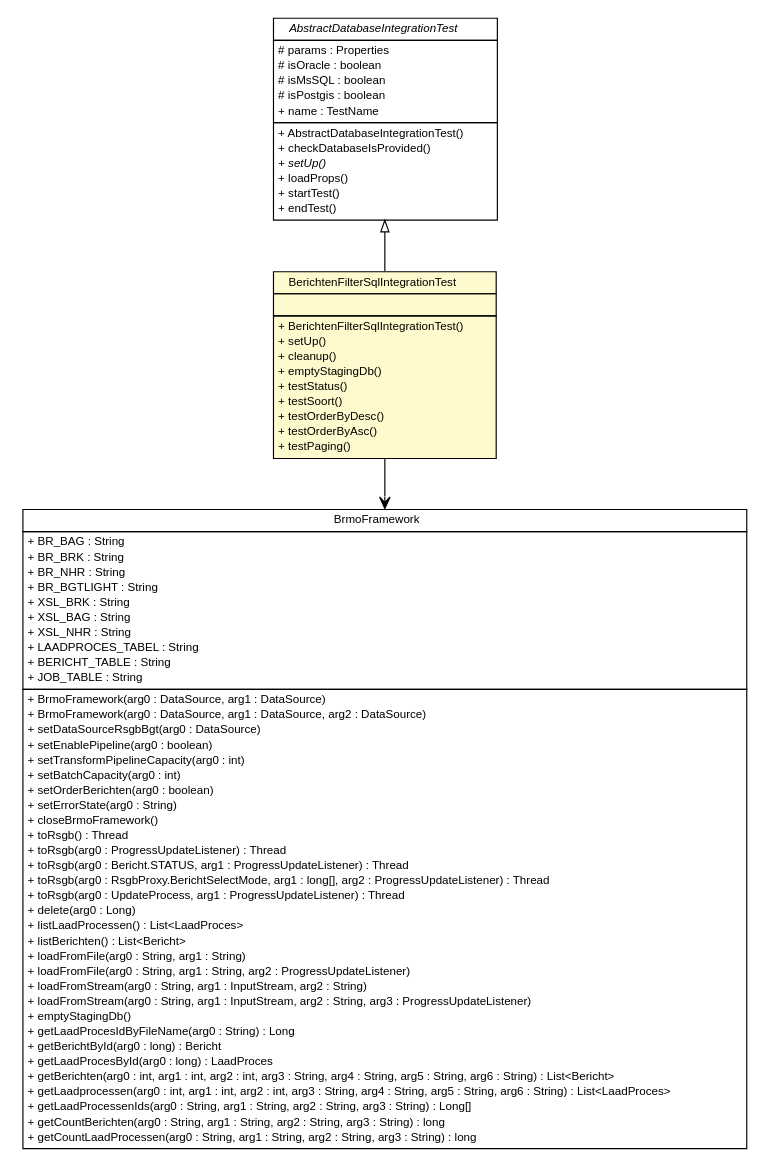
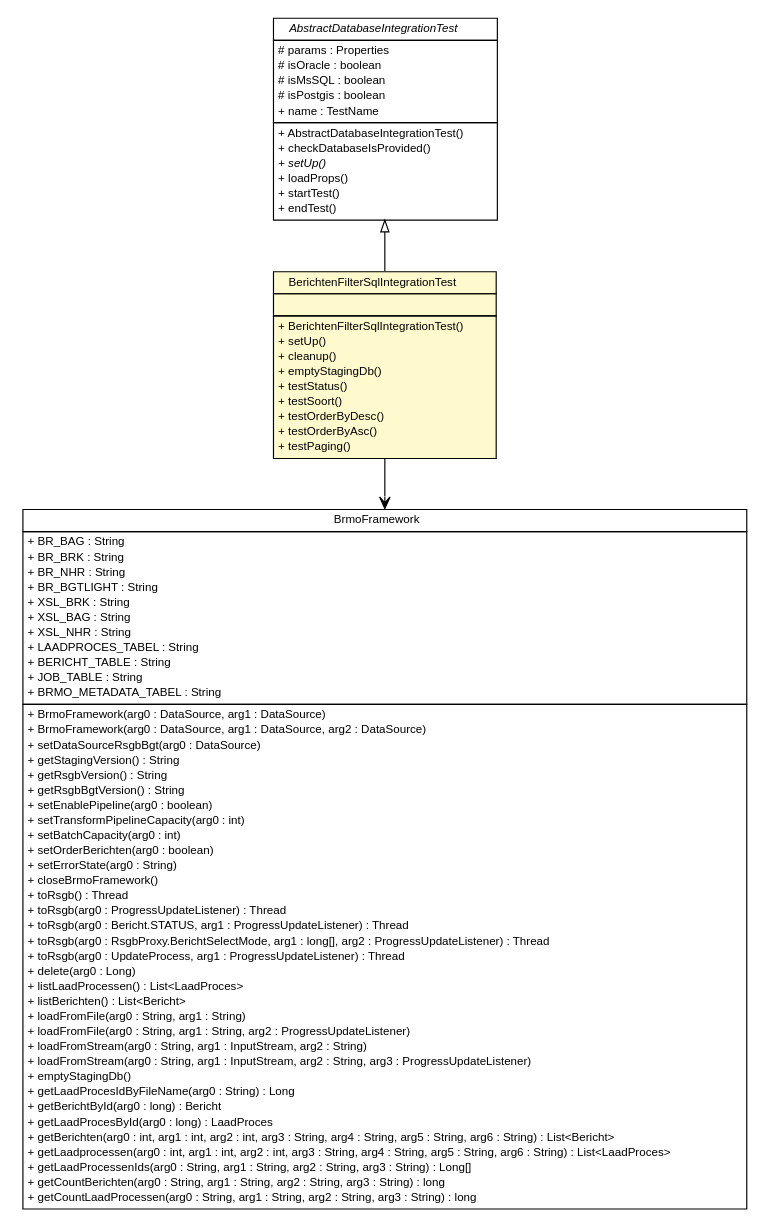
One commit to B3Partners/brmo changed the diagram in brmo-loader/testapidocs/nl/b3p/BerichtenFilterSqlIntegrationTest.dot. Above: the diagram before and after it, drawn with Graphviz. The commit also changed 272 other files, not shown here.

```diff
--- a/brmo-loader/testapidocs/nl/b3p/BerichtenFilterSqlIntegrationTest.dot
+++ b/brmo-loader/testapidocs/nl/b3p/BerichtenFilterSqlIntegrationTest.dot
@@ -1,107 +1,111 @@
 #!/usr/local/bin/dot
 #
 # Class diagram 
 # Generated by UMLGraph version R5_6-24-gf6e263 (http://www.umlgraph.org/)
 #
 
 digraph G {
 	edge [fontname="Helvetica",fontsize=10,labelfontname="Helvetica",labelfontsize=10];
 	node [fontname="Helvetica",fontsize=10,shape=plaintext];
 	nodesep=0.25;
 	ranksep=0.5;
 	// nl.b3p.BerichtenFilterSqlIntegrationTest
-	c137 [label=<<table title="nl.b3p.BerichtenFilterSqlIntegrationTest" border="0" cellborder="1" cellspacing="0" cellpadding="2" port="p" bgcolor="lemonChiffon" href="./BerichtenFilterSqlIntegrationTest.html">
+	c162 [label=<<table title="nl.b3p.BerichtenFilterSqlIntegrationTest" border="0" cellborder="1" cellspacing="0" cellpadding="2" port="p" bgcolor="lemonChiffon" href="./BerichtenFilterSqlIntegrationTest.html">
 		<tr><td><table border="0" cellspacing="0" cellpadding="1">
 <tr><td align="center" balign="center"> BerichtenFilterSqlIntegrationTest </td></tr>
 		</table></td></tr>
 		<tr><td><table border="0" cellspacing="0" cellpadding="1">
 <tr><td align="left" balign="left">  </td></tr>
 		</table></td></tr>
 		<tr><td><table border="0" cellspacing="0" cellpadding="1">
 <tr><td align="left" balign="left"> + BerichtenFilterSqlIntegrationTest() </td></tr>
 <tr><td align="left" balign="left"> + setUp() </td></tr>
 <tr><td align="left" balign="left"> + cleanup() </td></tr>
 <tr><td align="left" balign="left"> + emptyStagingDb() </td></tr>
 <tr><td align="left" balign="left"> + testStatus() </td></tr>
 <tr><td align="left" balign="left"> + testSoort() </td></tr>
 <tr><td align="left" balign="left"> + testOrderByDesc() </td></tr>
 <tr><td align="left" balign="left"> + testOrderByAsc() </td></tr>
 <tr><td align="left" balign="left"> + testPaging() </td></tr>
 		</table></td></tr>
 		</table>>, URL="./BerichtenFilterSqlIntegrationTest.html", fontname="Helvetica", fontcolor="black", fontsize=10.0];
 	// nl.b3p.AbstractDatabaseIntegrationTest
-	c139 [label=<<table title="nl.b3p.AbstractDatabaseIntegrationTest" border="0" cellborder="1" cellspacing="0" cellpadding="2" port="p" href="./AbstractDatabaseIntegrationTest.html">
+	c164 [label=<<table title="nl.b3p.AbstractDatabaseIntegrationTest" border="0" cellborder="1" cellspacing="0" cellpadding="2" port="p" href="./AbstractDatabaseIntegrationTest.html">
 		<tr><td><table border="0" cellspacing="0" cellpadding="1">
 <tr><td align="center" balign="center"><font face="Helvetica-Oblique"> AbstractDatabaseIntegrationTest </font></td></tr>
 		</table></td></tr>
 		<tr><td><table border="0" cellspacing="0" cellpadding="1">
 <tr><td align="left" balign="left"> # params : Properties </td></tr>
 <tr><td align="left" balign="left"> # isOracle : boolean </td></tr>
 <tr><td align="left" balign="left"> # isMsSQL : boolean </td></tr>
 <tr><td align="left" balign="left"> # isPostgis : boolean </td></tr>
 <tr><td align="left" balign="left"> + name : TestName </td></tr>
 		</table></td></tr>
 		<tr><td><table border="0" cellspacing="0" cellpadding="1">
 <tr><td align="left" balign="left"> + AbstractDatabaseIntegrationTest() </td></tr>
 <tr><td align="left" balign="left"> + checkDatabaseIsProvided() </td></tr>
 <tr><td align="left" balign="left"><font face="Helvetica-Oblique" point-size="10.0"> + setUp() </font></td></tr>
 <tr><td align="left" balign="left"> + loadProps() </td></tr>
 <tr><td align="left" balign="left"> + startTest() </td></tr>
 <tr><td align="left" balign="left"> + endTest() </td></tr>
 		</table></td></tr>
 		</table>>, URL="./AbstractDatabaseIntegrationTest.html", fontname="Helvetica", fontcolor="black", fontsize=10.0];
 	//nl.b3p.BerichtenFilterSqlIntegrationTest extends nl.b3p.AbstractDatabaseIntegrationTest
-	c139:p -> c137:p [dir=back,arrowtail=empty];
+	c164:p -> c162:p [dir=back,arrowtail=empty];
 	// nl.b3p.BerichtenFilterSqlIntegrationTest NAVASSOC nl.b3p.brmo.loader.BrmoFramework
-	c137:p -> c151:p [taillabel="", label="", headlabel="", fontname="Helvetica", fontcolor="black", fontsize=10.0, color="black", arrowhead=open];
+	c162:p -> c177:p [taillabel="", label="", headlabel="", fontname="Helvetica", fontcolor="black", fontsize=10.0, color="black", arrowhead=open];
 	// nl.b3p.brmo.loader.BrmoFramework
-	c151 [label=<<table title="nl.b3p.brmo.loader.BrmoFramework" border="0" cellborder="1" cellspacing="0" cellpadding="2" port="p">
+	c177 [label=<<table title="nl.b3p.brmo.loader.BrmoFramework" border="0" cellborder="1" cellspacing="0" cellpadding="2" port="p">
 		<tr><td><table border="0" cellspacing="0" cellpadding="1">
 <tr><td align="center" balign="center"> BrmoFramework </td></tr>
 		</table></td></tr>
 		<tr><td><table border="0" cellspacing="0" cellpadding="1">
 <tr><td align="left" balign="left"> + BR_BAG : String </td></tr>
 <tr><td align="left" balign="left"> + BR_BRK : String </td></tr>
 <tr><td align="left" balign="left"> + BR_NHR : String </td></tr>
 <tr><td align="left" balign="left"> + BR_BGTLIGHT : String </td></tr>
 <tr><td align="left" balign="left"> + XSL_BRK : String </td></tr>
 <tr><td align="left" balign="left"> + XSL_BAG : String </td></tr>
 <tr><td align="left" balign="left"> + XSL_NHR : String </td></tr>
 <tr><td align="left" balign="left"> + LAADPROCES_TABEL : String </td></tr>
 <tr><td align="left" balign="left"> + BERICHT_TABLE : String </td></tr>
 <tr><td align="left" balign="left"> + JOB_TABLE : String </td></tr>
+<tr><td align="left" balign="left"> + BRMO_METADATA_TABEL : String </td></tr>
 		</table></td></tr>
 		<tr><td><table border="0" cellspacing="0" cellpadding="1">
 <tr><td align="left" balign="left"> + BrmoFramework(arg0 : DataSource, arg1 : DataSource) </td></tr>
 <tr><td align="left" balign="left"> + BrmoFramework(arg0 : DataSource, arg1 : DataSource, arg2 : DataSource) </td></tr>
 <tr><td align="left" balign="left"> + setDataSourceRsgbBgt(arg0 : DataSource) </td></tr>
+<tr><td align="left" balign="left"> + getStagingVersion() : String </td></tr>
+<tr><td align="left" balign="left"> + getRsgbVersion() : String </td></tr>
+<tr><td align="left" balign="left"> + getRsgbBgtVersion() : String </td></tr>
 <tr><td align="left" balign="left"> + setEnablePipeline(arg0 : boolean) </td></tr>
 <tr><td align="left" balign="left"> + setTransformPipelineCapacity(arg0 : int) </td></tr>
 <tr><td align="left" balign="left"> + setBatchCapacity(arg0 : int) </td></tr>
 <tr><td align="left" balign="left"> + setOrderBerichten(arg0 : boolean) </td></tr>
 <tr><td align="left" balign="left"> + setErrorState(arg0 : String) </td></tr>
 <tr><td align="left" balign="left"> + closeBrmoFramework() </td></tr>
 <tr><td align="left" balign="left"> + toRsgb() : Thread </td></tr>
 <tr><td align="left" balign="left"> + toRsgb(arg0 : ProgressUpdateListener) : Thread </td></tr>
 <tr><td align="left" balign="left"> + toRsgb(arg0 : Bericht.STATUS, arg1 : ProgressUpdateListener) : Thread </td></tr>
 <tr><td align="left" balign="left"> + toRsgb(arg0 : RsgbProxy.BerichtSelectMode, arg1 : long[], arg2 : ProgressUpdateListener) : Thread </td></tr>
 <tr><td align="left" balign="left"> + toRsgb(arg0 : UpdateProcess, arg1 : ProgressUpdateListener) : Thread </td></tr>
 <tr><td align="left" balign="left"> + delete(arg0 : Long) </td></tr>
 <tr><td align="left" balign="left"> + listLaadProcessen() : List&lt;LaadProces&gt; </td></tr>
 <tr><td align="left" balign="left"> + listBerichten() : List&lt;Bericht&gt; </td></tr>
 <tr><td align="left" balign="left"> + loadFromFile(arg0 : String, arg1 : String) </td></tr>
 <tr><td align="left" balign="left"> + loadFromFile(arg0 : String, arg1 : String, arg2 : ProgressUpdateListener) </td></tr>
 <tr><td align="left" balign="left"> + loadFromStream(arg0 : String, arg1 : InputStream, arg2 : String) </td></tr>
 <tr><td align="left" balign="left"> + loadFromStream(arg0 : String, arg1 : InputStream, arg2 : String, arg3 : ProgressUpdateListener) </td></tr>
 <tr><td align="left" balign="left"> + emptyStagingDb() </td></tr>
 <tr><td align="left" balign="left"> + getLaadProcesIdByFileName(arg0 : String) : Long </td></tr>
 <tr><td align="left" balign="left"> + getBerichtById(arg0 : long) : Bericht </td></tr>
 <tr><td align="left" balign="left"> + getLaadProcesById(arg0 : long) : LaadProces </td></tr>
 <tr><td align="left" balign="left"> + getBerichten(arg0 : int, arg1 : int, arg2 : int, arg3 : String, arg4 : String, arg5 : String, arg6 : String) : List&lt;Bericht&gt; </td></tr>
 <tr><td align="left" balign="left"> + getLaadprocessen(arg0 : int, arg1 : int, arg2 : int, arg3 : String, arg4 : String, arg5 : String, arg6 : String) : List&lt;LaadProces&gt; </td></tr>
 <tr><td align="left" balign="left"> + getLaadProcessenIds(arg0 : String, arg1 : String, arg2 : String, arg3 : String) : Long[] </td></tr>
 <tr><td align="left" balign="left"> + getCountBerichten(arg0 : String, arg1 : String, arg2 : String, arg3 : String) : long </td></tr>
 <tr><td align="left" balign="left"> + getCountLaadProcessen(arg0 : String, arg1 : String, arg2 : String, arg3 : String) : long </td></tr>
 		</table></td></tr>
 		</table>>, URL="null", fontname="Helvetica", fontcolor="black", fontsize=10.0];
 }
```
